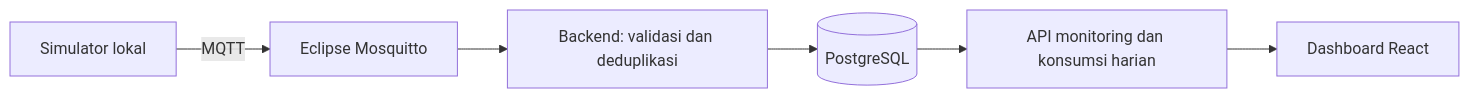
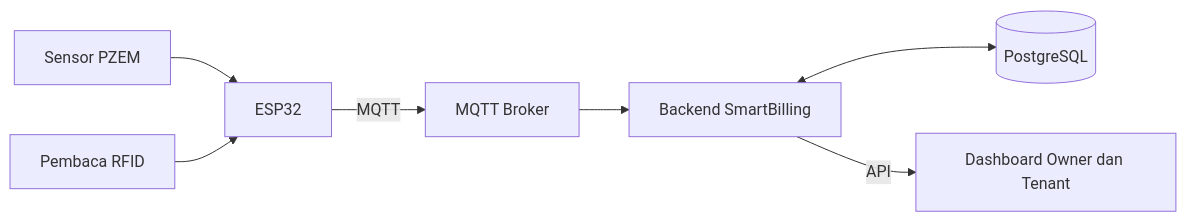
Before and after one commit to hammampriyandono/SmartBilling: the diagram in README.md, drawn with Mermaid. The commit also changed other lines of this file, not shown here.

````diff
--- a/README.md
+++ b/README.md
@@ -39,8 +30,9 @@
 ```mermaid
 flowchart LR
-    SIM[Simulator lokal] -->|MQTT| MQTT[Eclipse Mosquitto]
-    MQTT --> INGEST[Backend: validasi dan deduplikasi]
-    INGEST --> DB[(PostgreSQL)]
-    DB --> API[API monitoring dan konsumsi harian]
-    API --> WEB[Dashboard React]
+    SENSOR[Sensor PZEM] --> ESP[ESP32]
+    RFID[Pembaca RFID] --> ESP
+    ESP -->|MQTT| BROKER[MQTT Broker]
+    BROKER --> BACKEND[Backend SmartBilling]
+    BACKEND <--> DB[(PostgreSQL)]
+    BACKEND -->|API| WEB[Dashboard Owner dan Tenant]
 ```
````
